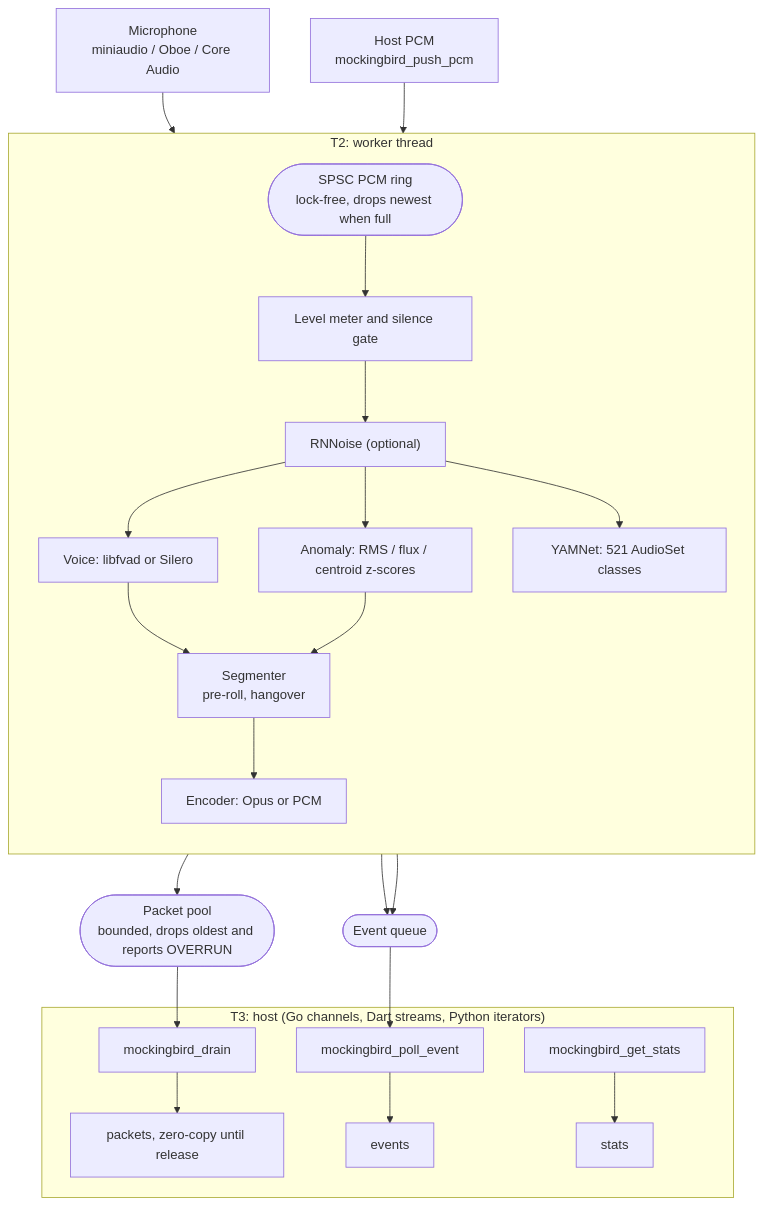
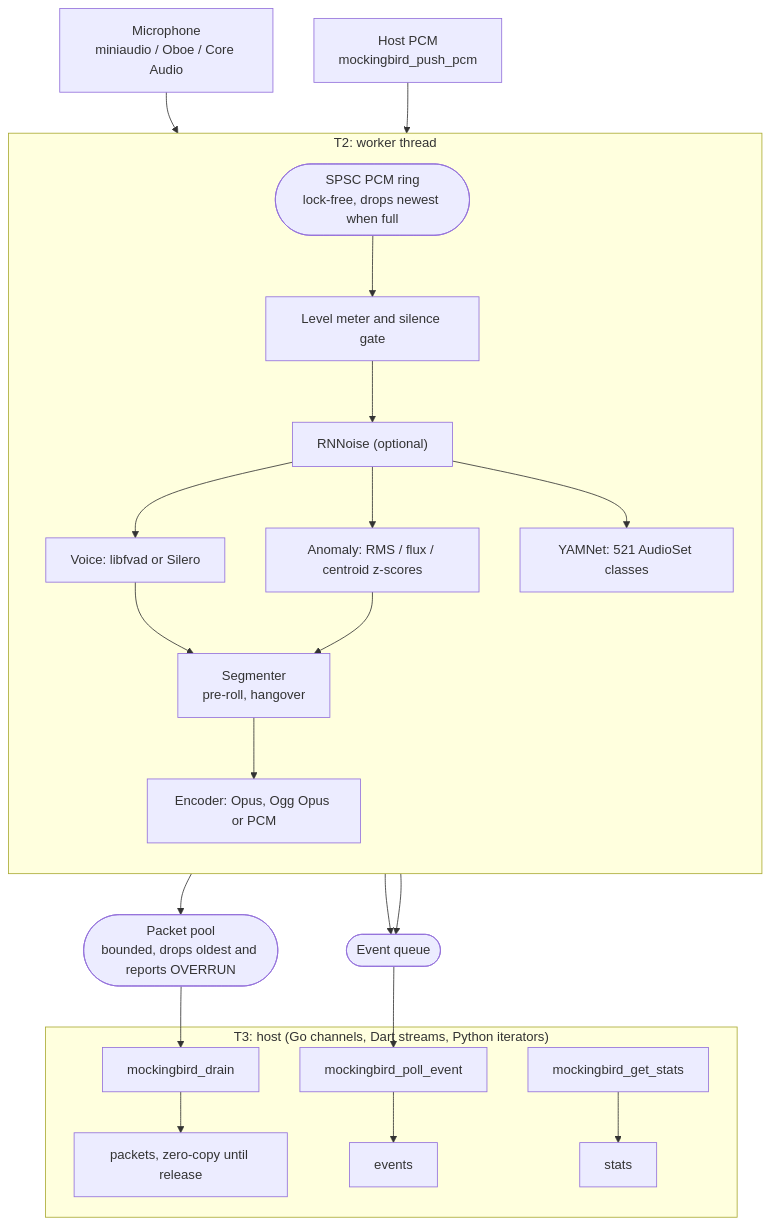
One commit to Crdzbird/MockingBird changed the diagram in README.md. Above: the diagram before and after it, drawn with Mermaid. The commit also changed other lines of this file and 100 other files, not shown here.

First line of the commit message:
Encode: add Ogg Opus and make segments end the way the API says

````diff
--- a/README.md
+++ b/README.md
@@ -362,31 +362,31 @@
 ```mermaid
 flowchart TB
     MIC["Microphone<br/>miniaudio / Oboe / Core Audio"] --> RING
     HOST["Host PCM<br/>mockingbird_push_pcm"] --> RING
     RING(["SPSC PCM ring<br/>lock-free, drops newest when full"])
 
     subgraph WORKER["T2: worker thread"]
         direction TB
         RING --> LVL["Level meter and silence gate"]
         LVL --> RN["RNNoise (optional)"]
         RN --> VAD["Voice: libfvad or Silero"]
         RN --> ANO["Anomaly: RMS / flux / centroid z-scores"]
         RN --> YAM["YAMNet: 521 AudioSet classes"]
         VAD --> SEG["Segmenter<br/>pre-roll, hangover"]
         ANO --> SEG
-        SEG --> ENC["Encoder: Opus or PCM"]
+        SEG --> ENC["Encoder: Opus, Ogg Opus or PCM"]
     end
 
     ENC --> POOL(["Packet pool<br/>bounded, drops oldest and reports OVERRUN"])
     SEG --> EVQ(["Event queue"])
     YAM --> EVQ
 
     POOL --> DRAIN["mockingbird_drain"]
     EVQ --> POLL["mockingbird_poll_event"]
 
     subgraph HOSTAPP["T3: host (Go channels, Dart streams, Python iterators)"]
         DRAIN --> PKT["packets, zero-copy until release"]
         POLL --> EV["events"]
         STATS["mockingbird_get_stats"] --> ST["stats"]
     end
 ```
````
